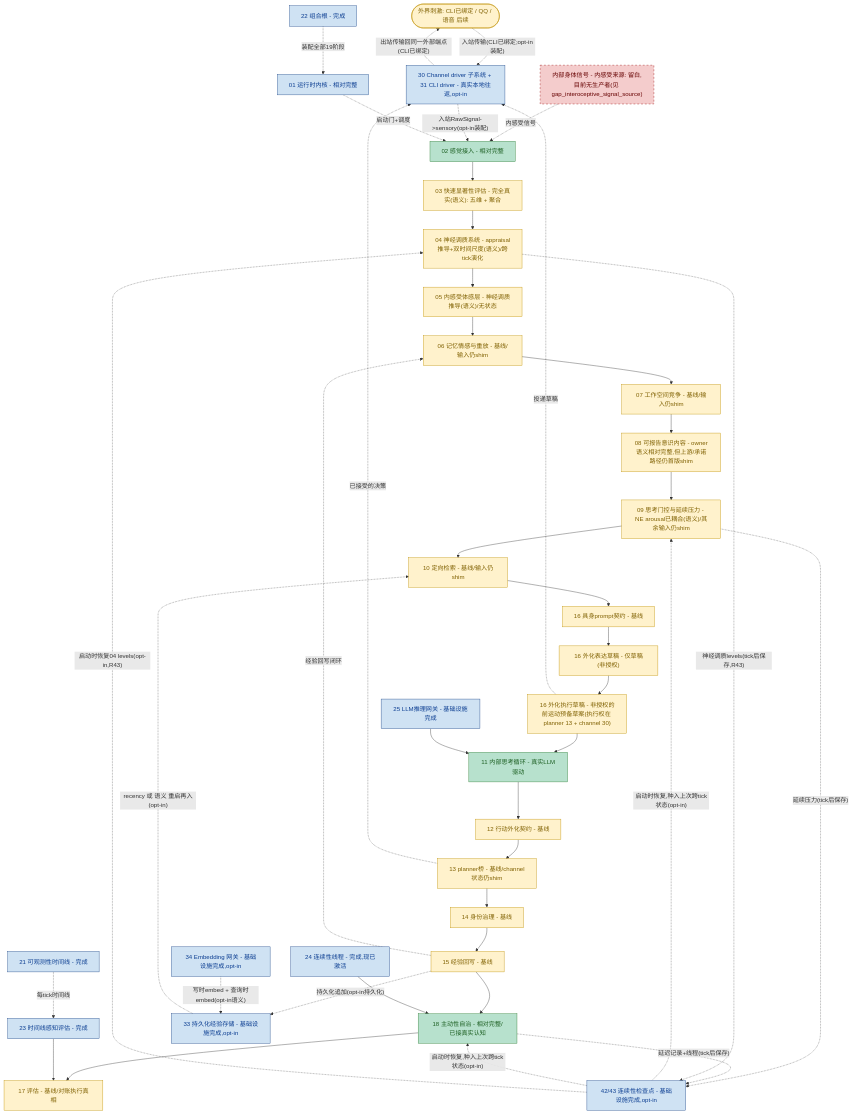
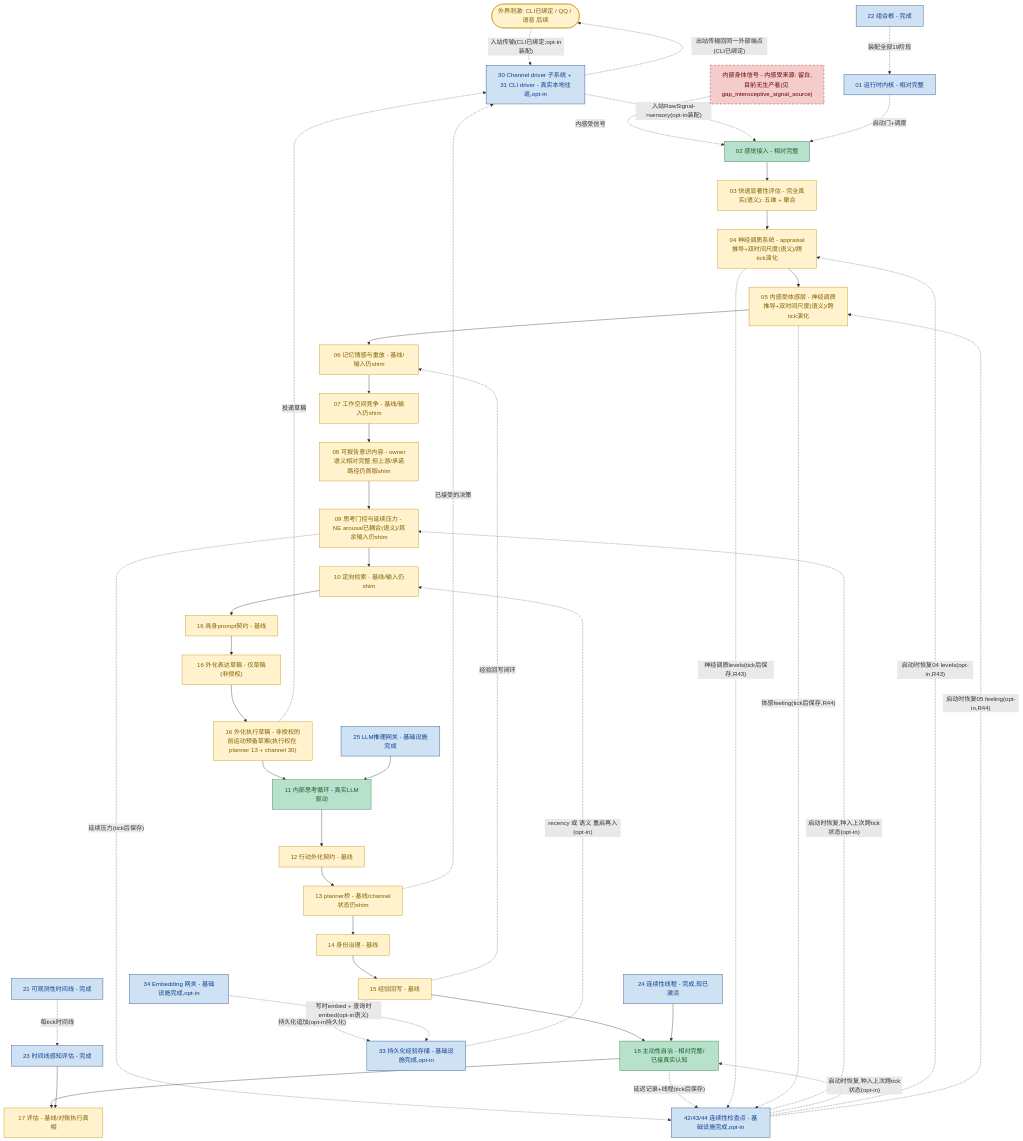
One commit to embalmer-Y/helios changed the diagram in helios_v2/docs/PROGRESS_FLOW.zh-CN.md. Above: the diagram before and after it, drawn with Mermaid. The commit also changed other lines of this file and 22 other files, not shown here.

````diff
--- a/helios_v2/docs/PROGRESS_FLOW.zh-CN.md
+++ b/helios_v2/docs/PROGRESS_FLOW.zh-CN.md
@@ -35,67 +35,69 @@
 ```mermaid
 flowchart TD
     classDef deep fill:#b7e1cd,stroke:#2e7d32,color:#1b5e20
     classDef base fill:#fff2cc,stroke:#bf9000,color:#7f6000
     classDef infra fill:#cfe2f3,stroke:#1c4587,color:#0b3d91
     classDef gap fill:#f4cccc,stroke:#990000,color:#660000,stroke-dasharray: 5 5
 
     EXT([外界刺激: CLI已绑定 / QQ / 语音 后续]):::base
     BODY["内部身体信号 - 内感受来源: 留白,目前无生产者(见 gap_interoceptive_signal_source)"]:::gap
     S02[02 感觉接入 - 相对完整]:::deep
     S03["03 快速显著性评估 - 完全真实(语义): 五维 + 聚合"]:::base
     S04["04 神经调质系统 - appraisal推导+双时间尺度(语义)/跨tick演化"]:::base
-    S05["05 内感受体感层 - 神经调质推导(语义)/无状态"]:::base
+    S05["05 内感受体感层 - 神经调质推导+双时间尺度(语义)/跨tick演化"]:::base
     S06[06 记忆情感与重放 - 基线/输入仍shim]:::base
     S07[07 工作空间竞争 - 基线/输入仍shim]:::base
     S08["08 可报告意识内容 - owner语义相对完整,但上游/承诺路径仍首版shim"]:::base
     S09["09 思考门控与延续压力 - NE arousal已耦合(语义)/其余输入仍shim"]:::base
     S10[10 定向检索 - 基线/输入仍shim]:::base
     S16P[16 具身prompt契约 - 基线]:::base
     S16O["16 外化表达草稿 - 仅草稿(非授权)"]:::base
     S16E["16 外化执行草稿 - 非授权的前运动预备草案(执行权在 planner 13 + channel 30)"]:::base
     S11[11 内部思考循环 - 真实LLM驱动]:::deep
     S12[12 行动外化契约 - 基线]:::base
     S13[13 planner桥 - 基线/channel状态仍shim]:::base
     S14[14 身份治理 - 基线]:::base
     S15[15 经验回写 - 基线]:::base
     S18[18 主动性自治 - 相对完整/已接真实认知]:::deep
     S17[17 评估 - 基线/对账执行真相]:::base
     CH["30 Channel driver 子系统 + 31 CLI driver - 真实本地往返,opt-in"]:::infra
 
     S02 --> S03 --> S04 --> S05 --> S06 --> S07 --> S08 --> S09 --> S10
     S10 --> S16P --> S16O --> S16E --> S11
     S11 --> S12 --> S13 --> S14 --> S15 --> S18 --> S17
     EXT -. 入站传输(CLI已绑定;opt-in装配) .-> CH
     BODY -. 内感受信号 .-> S02
     S13 -. 已接受的决策 .-> CH
     S16E -. 投递草稿 .-> CH
     CH -. 入站RawSignal->sensory(opt-in装配) .-> S02
     CH -. 出站传输回同一外部端点(CLI已绑定) .-> EXT
     S15 -. 经验回写闭环 .-> S06
 
     LLM[25 LLM推理网关 - 基础设施完成]:::infra
     LLM --> S11
 
     K01[01 运行时内核 - 相对完整]:::infra
     OBS[21 可观测性时间线 - 完成]:::infra
     COMP[22 组合根 - 完成]:::infra
     EV23[23 时间线感知评估 - 完成]:::infra
     TH24[24 连续性线程 - 完成,现已激活]:::infra
     PER[33 持久化经验存储 - 基础设施完成,opt-in]:::infra
     EMB[34 Embedding 网关 - 基础设施完成,opt-in]:::infra
-    CKPT[42/43 连续性检查点 - 基础设施完成,opt-in]:::infra
+    CKPT[42/43/44 连续性检查点 - 基础设施完成,opt-in]:::infra
     K01 -. 启动门+调度 .-> S02
     OBS -. 每tick时间线 .-> EV23
     EV23 --> S17
     TH24 --> S18
     COMP -. 装配全部19阶段 .-> K01
     S15 -. 持久化追加(opt-in持久化) .-> PER
     PER -. recency 或 语义 重启再入(opt-in) .-> S10
     EMB -. 写时embed + 查询时embed(opt-in语义) .-> PER
     S09 -. 延续压力(tick后保存) .-> CKPT
     S18 -. 延迟记录+线程(tick后保存) .-> CKPT
     S04 -. 神经调质levels(tick后保存,R43) .-> CKPT
+    S05 -. 体感feeling(tick后保存,R44) .-> CKPT
     CKPT -. 启动时恢复,种入上次跨tick状态(opt-in) .-> S09
     CKPT -. 启动时恢复,种入上次跨tick状态(opt-in) .-> S18
     CKPT -. 启动时恢复04 levels(opt-in,R43) .-> S04
+    CKPT -. 启动时恢复05 feeling(opt-in,R44) .-> S05
 ```
````
